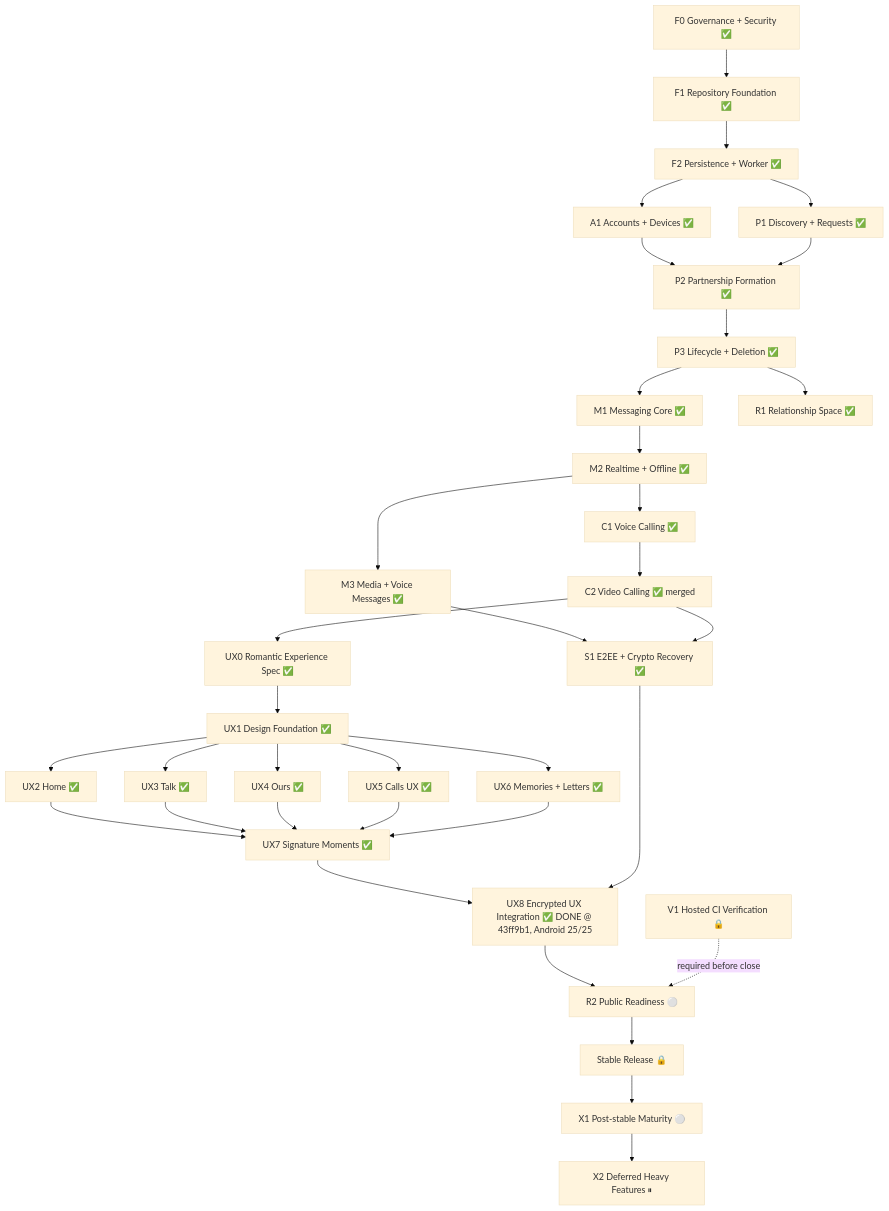
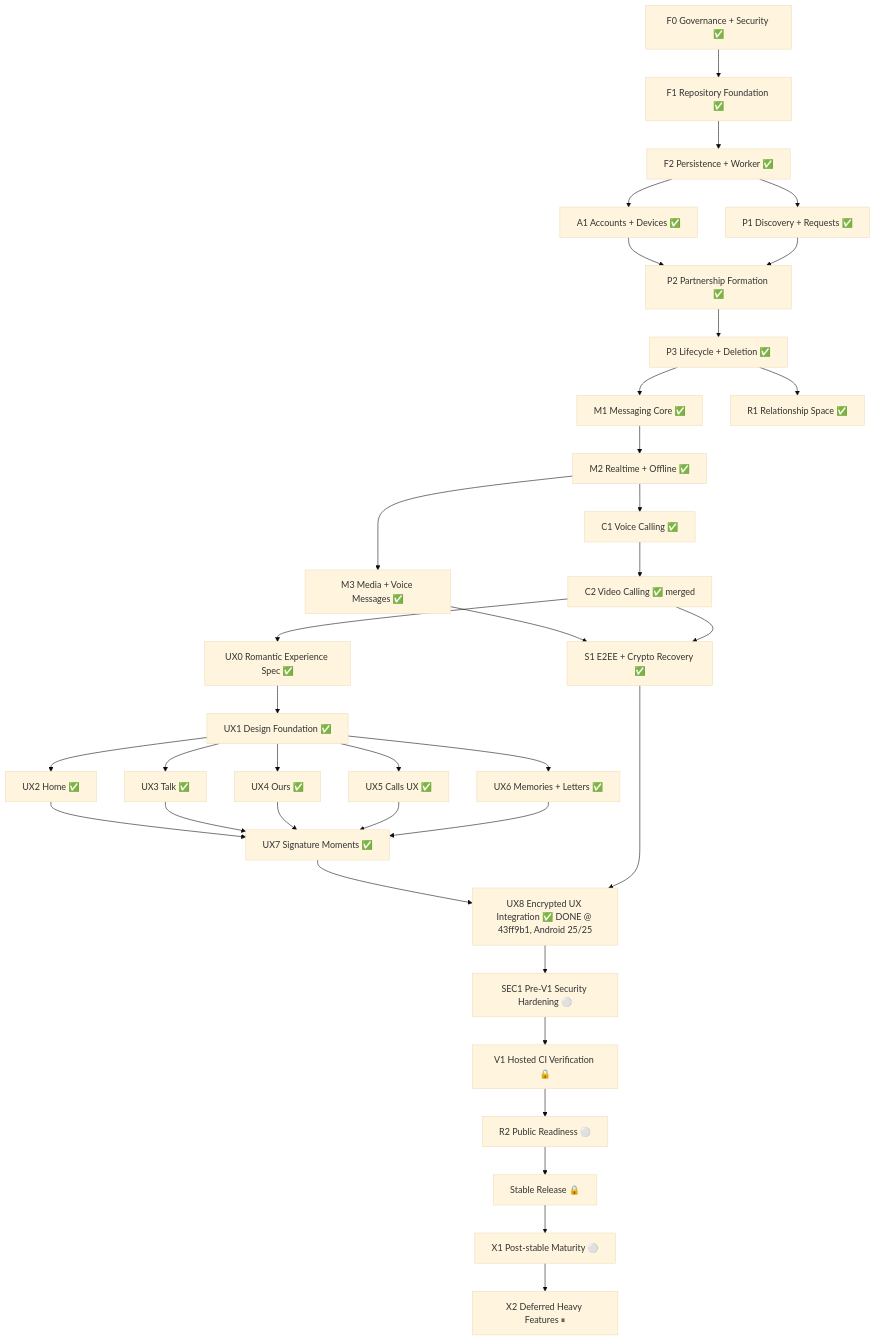
One commit to ekamal22/shawtie-pls-app changed the diagram in docs/EXECUTION_GRAPH.md. Above: the diagram before and after it, drawn with Mermaid (base theme). The commit also changed other lines of this file and 3 other files, not shown here.

Commit message:
docs: add SEC1 pre-V1 priority [skip ci]

```diff
--- a/docs/EXECUTION_GRAPH.md
+++ b/docs/EXECUTION_GRAPH.md
@@ -99,47 +105,48 @@
 ~~~mermaid
 flowchart TD
     F0["F0 Governance + Security ✅"] --> F1["F1 Repository Foundation ✅"]
     F1 --> F2["F2 Persistence + Worker ✅"]
 
     F2 --> A1["A1 Accounts + Devices ✅"]
     F2 --> P1["P1 Discovery + Requests ✅"]
 
     A1 --> P2["P2 Partnership Formation ✅"]
     P1 --> P2
 
     P2 --> P3["P3 Lifecycle + Deletion ✅"]
 
     P3 --> M1["M1 Messaging Core ✅"]
     P3 --> R1["R1 Relationship Space ✅"]
 
     M1 --> M2["M2 Realtime + Offline ✅"]
 
     M2 --> M3["M3 Media + Voice Messages ✅"]
     M2 --> C1["C1 Voice Calling ✅"]
     C1 --> C2["C2 Video Calling ✅ merged"]
 
     C2 --> UX0["UX0 Romantic Experience Spec ✅"]
     UX0 --> UX1["UX1 Design Foundation ✅"]
     UX1 --> UX2["UX2 Home ✅"]
     UX1 --> UX3["UX3 Talk ✅"]
     UX1 --> UX4["UX4 Ours ✅"]
     UX1 --> UX5["UX5 Calls UX ✅"]
     UX1 --> UX6["UX6 Memories + Letters ✅"]
     UX2 --> UX7["UX7 Signature Moments ✅"]
     UX3 --> UX7
     UX4 --> UX7
     UX5 --> UX7
     UX6 --> UX7
 
     M3 --> S1["S1 E2EE + Crypto Recovery ✅"]
     C2 --> S1
     UX7 --> UX8["UX8 Encrypted UX Integration ✅ DONE @ 43ff9b1, Android 25/25"]
     S1 --> UX8
 
-    UX8 --> R2["R2 Public Readiness ⚪"]
-    V1["V1 Hosted CI Verification 🔒"] -. required before close .-> R2
+    UX8 --> SEC1["SEC1 Pre-V1 Security Hardening ⚪"]
+    SEC1 --> V1["V1 Hosted CI Verification 🔒"]
+    V1 --> R2["R2 Public Readiness ⚪"]
 
     R2 --> RELEASE["Stable Release 🔒"]
     RELEASE --> X1["X1 Post-stable Maturity ⚪"]
     X1 --> X2["X2 Deferred Heavy Features ⏸"]
 ~~~
```
